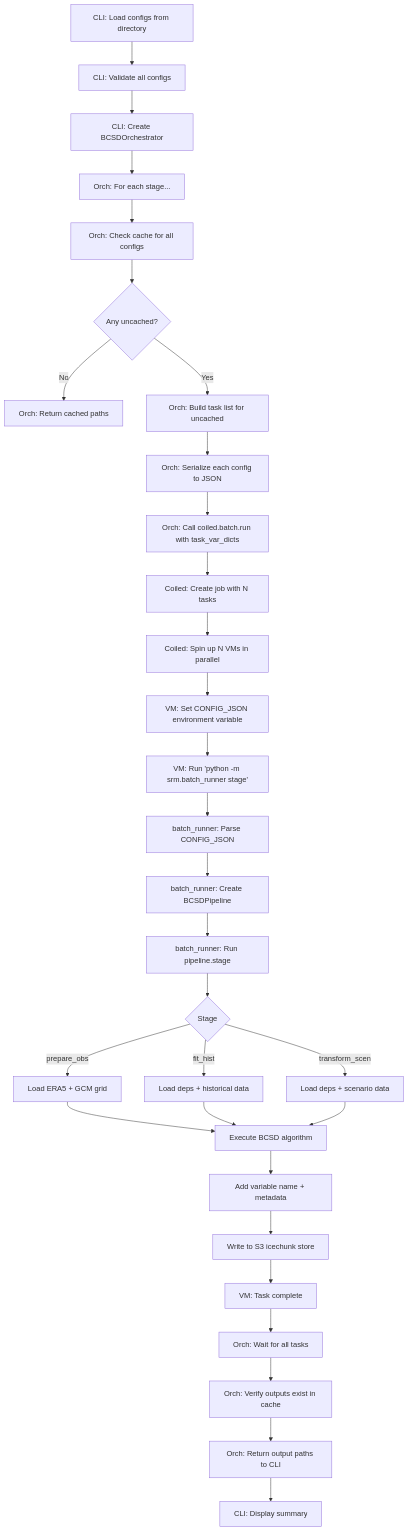
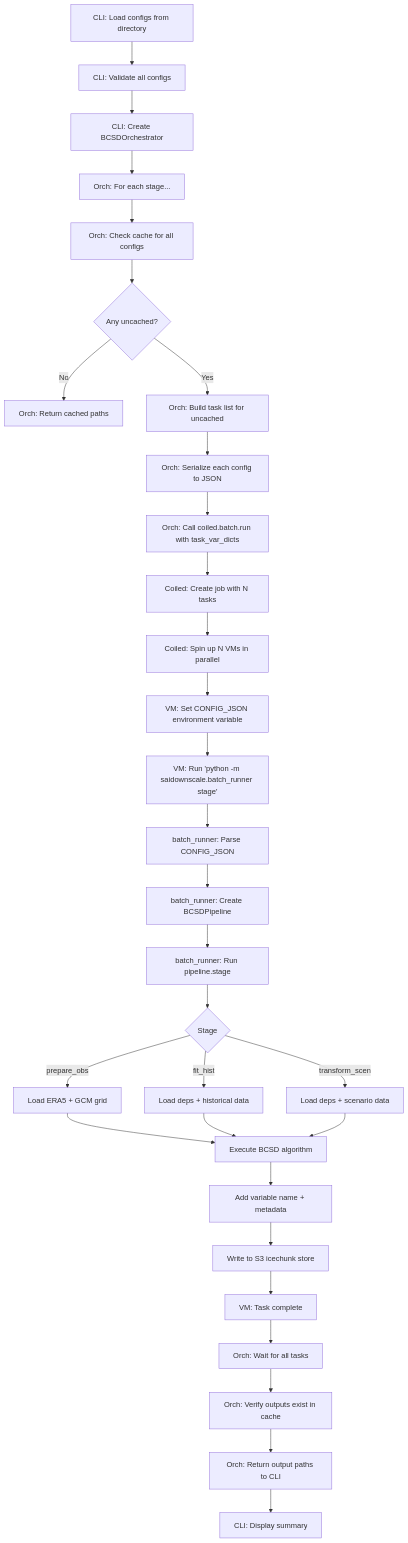
Before and after one commit to carbonplan/sai-downscaling: the third of 3 diagrams in docs/explanation/pipeline-architecture.md, drawn with Mermaid. The commit also changed other lines of this file and 174 other files, not shown here.

Commit message:
name change from srm to saidownscale

````diff
--- a/docs/explanation/pipeline-architecture.md
+++ b/docs/explanation/pipeline-architecture.md
@@ -266,43 +266,43 @@
 ```mermaid
 flowchart TD
     A[CLI: Load configs from directory] --> B[CLI: Validate all configs]
     B --> C[CLI: Create BCSDOrchestrator]
     C --> D[Orch: For each stage...]
     
     D --> E[Orch: Check cache for all configs]
     E --> F{Any uncached?}
     
     F -->|No| G[Orch: Return cached paths]
     F -->|Yes| H[Orch: Build task list for uncached]
     
     H --> I[Orch: Serialize each config to JSON]
     I --> J[Orch: Call coiled.batch.run with task_var_dicts]
     
     J --> K[Coiled: Create job with N tasks]
     K --> L[Coiled: Spin up N VMs in parallel]
     
     L --> M[VM: Set CONFIG_JSON environment variable]
-    M --> N[VM: Run 'python -m srm.batch_runner stage']
+    M --> N[VM: Run 'python -m saidownscale.batch_runner stage']
     
     N --> O[batch_runner: Parse CONFIG_JSON]
     O --> P[batch_runner: Create BCSDPipeline]
     P --> Q[batch_runner: Run pipeline.stage]
     
     Q --> R{Stage}
     R -->|prepare_obs| S1[Load ERA5 + GCM grid]
     R -->|fit_hist| S2[Load deps + historical data]
     R -->|transform_scen| S3[Load deps + scenario data]
     
     S1 --> T[Execute BCSD algorithm]
     S2 --> T
     S3 --> T
     
     T --> U[Add variable name + metadata]
     U --> V[Write to S3 icechunk store]
     V --> W[VM: Task complete]
     
     W --> X[Orch: Wait for all tasks]
     X --> Y[Orch: Verify outputs exist in cache]
     Y --> Z[Orch: Return output paths to CLI]
     Z --> AA[CLI: Display summary]
 ```
````
